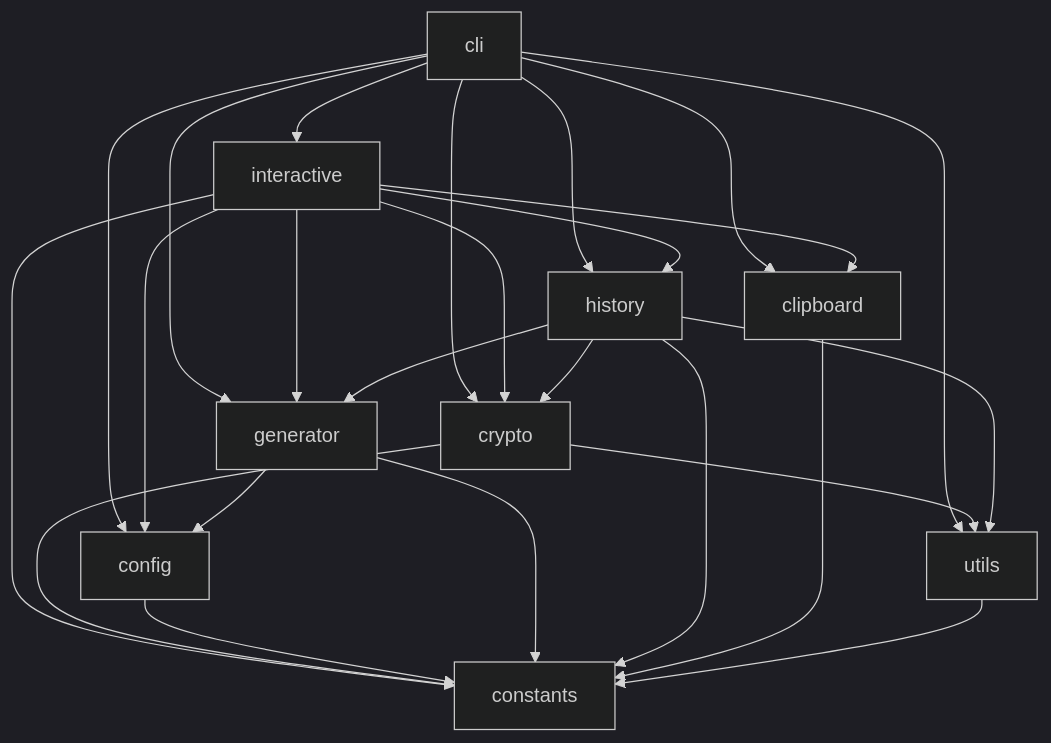
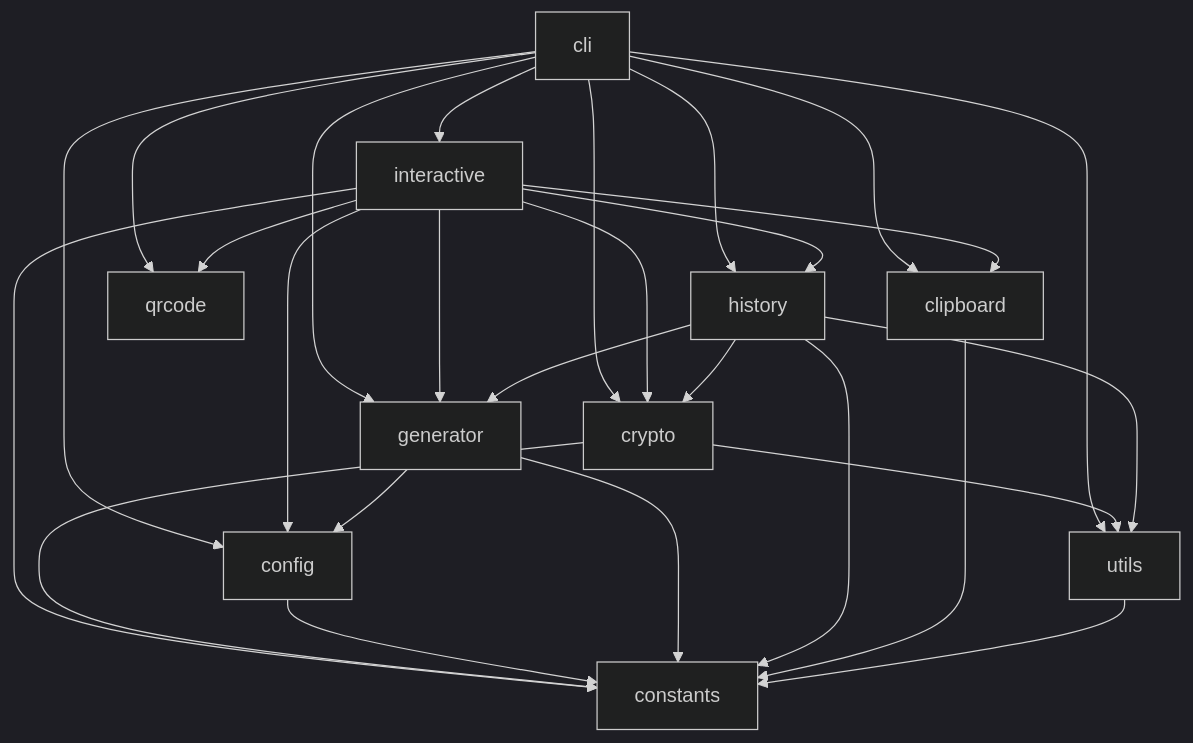
One commit to jayissi/Secure-Password-Generator changed the diagram in secure_password_generator/README.md. Above: the diagram before and after it, drawn with Mermaid (dark theme). The commit also changed other lines of this file and 15 other files, not shown here.

````diff
--- a/secure_password_generator/README.md
+++ b/secure_password_generator/README.md
@@ -17,27 +17,29 @@
 ```mermaid
 flowchart TD
     cli --> config
     cli --> crypto
     cli --> generator
     cli --> history
     cli --> clipboard
+    cli --> qrcode
     cli --> utils
     cli --> interactive
     interactive --> config
     interactive --> crypto
     interactive --> generator
     interactive --> history
     interactive --> clipboard
+    interactive --> qrcode
     interactive --> constants
     crypto --> constants
     crypto --> utils
     config --> constants
     generator --> config
     generator --> constants
     history --> crypto
     history --> generator
     history --> utils
     history --> constants
     clipboard --> constants
     utils --> constants
 ```
````
